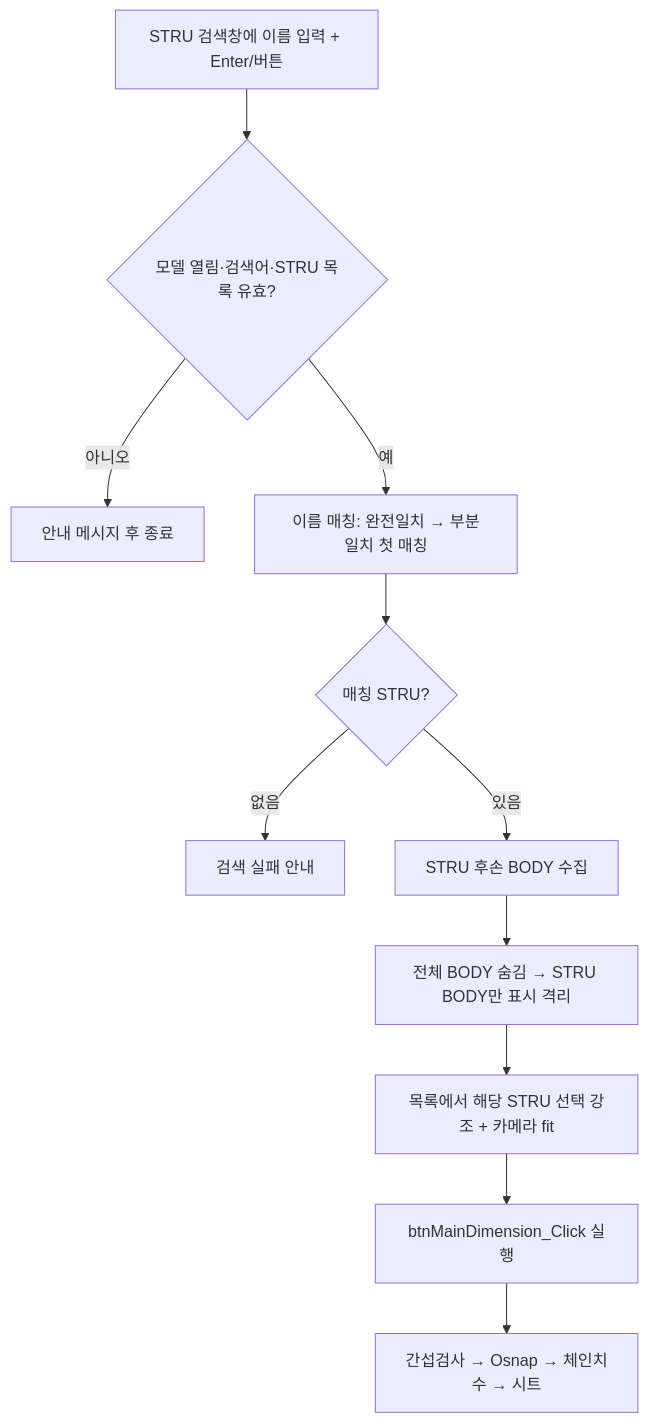
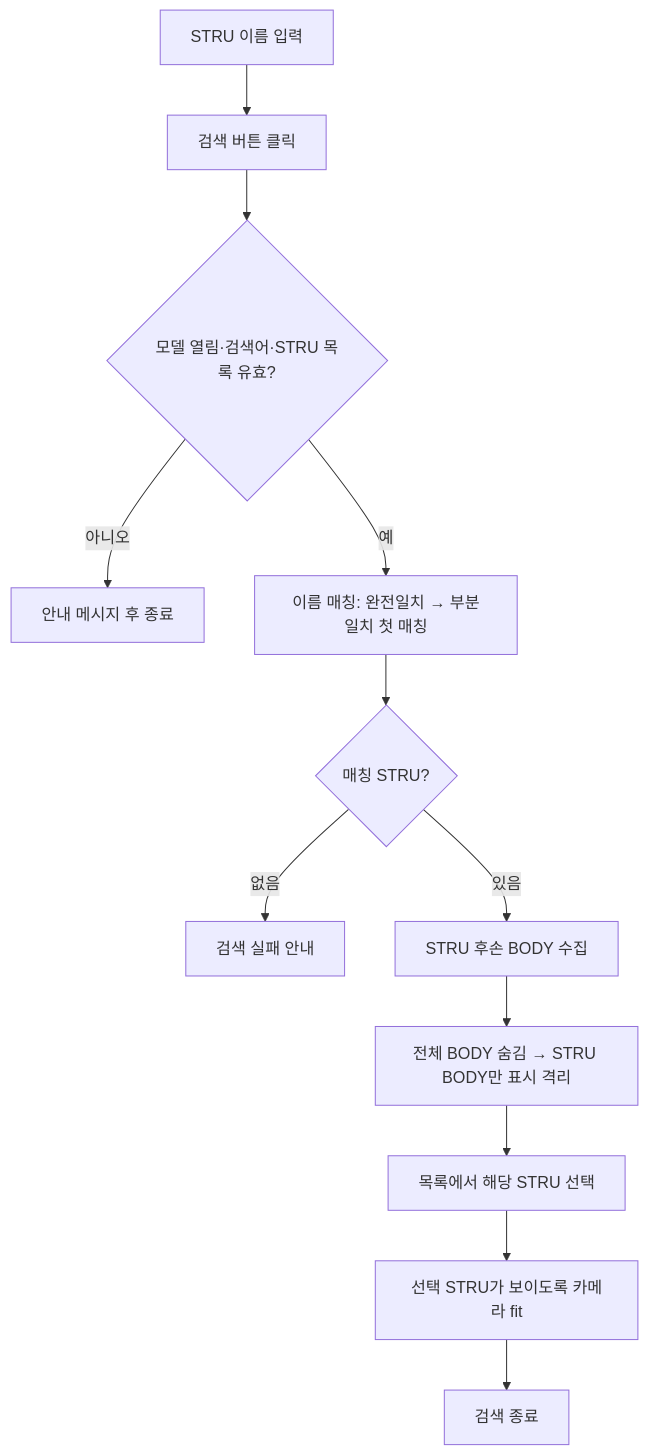
Before and after one commit to uuuuj/a2z: the diagram in docs/기능/치수/STRU 검색 치수 추출.md, drawn with Mermaid. The commit also changed other lines of this file and 6 other files, not shown here.

````diff
--- a/docs/기능/치수/STRU 검색 치수 추출.md
+++ b/docs/기능/치수/STRU 검색 치수 추출.md
@@ -21,13 +23,14 @@
 ```mermaid
 flowchart TD
-    A[STRU 검색창에 이름 입력 + Enter/버튼] --> B{모델 열림·검색어·STRU 목록 유효?}
-    B -- 아니오 --> C[안내 메시지 후 종료]
-    B -- 예 --> D[이름 매칭: 완전일치 → 부분일치 첫 매칭]
-    D --> E{매칭 STRU?}
-    E -- 없음 --> F[검색 실패 안내]
-    E -- 있음 --> G[STRU 후손 BODY 수집]
-    G --> H[전체 BODY 숨김 → STRU BODY만 표시 격리]
-    H --> I[목록에서 해당 STRU 선택 강조 + 카메라 fit]
-    I --> J[btnMainDimension_Click 실행]
-    J --> K[간섭검사 → Osnap → 체인치수 → 시트]
+    A[STRU 이름 입력] --> B[검색 버튼 클릭]
+    B --> C{모델 열림·검색어·STRU 목록 유효?}
+    C -- 아니오 --> D[안내 메시지 후 종료]
+    C -- 예 --> E[이름 매칭: 완전일치 → 부분일치 첫 매칭]
+    E --> F{매칭 STRU?}
+    F -- 없음 --> G[검색 실패 안내]
+    F -- 있음 --> H[STRU 후손 BODY 수집]
+    H --> I[전체 BODY 숨김 → STRU BODY만 표시 격리]
+    I --> J[목록에서 해당 STRU 선택]
+    J --> K[선택 STRU가 보이도록 카메라 fit]
+    K --> L[검색 종료]
 ```
````
